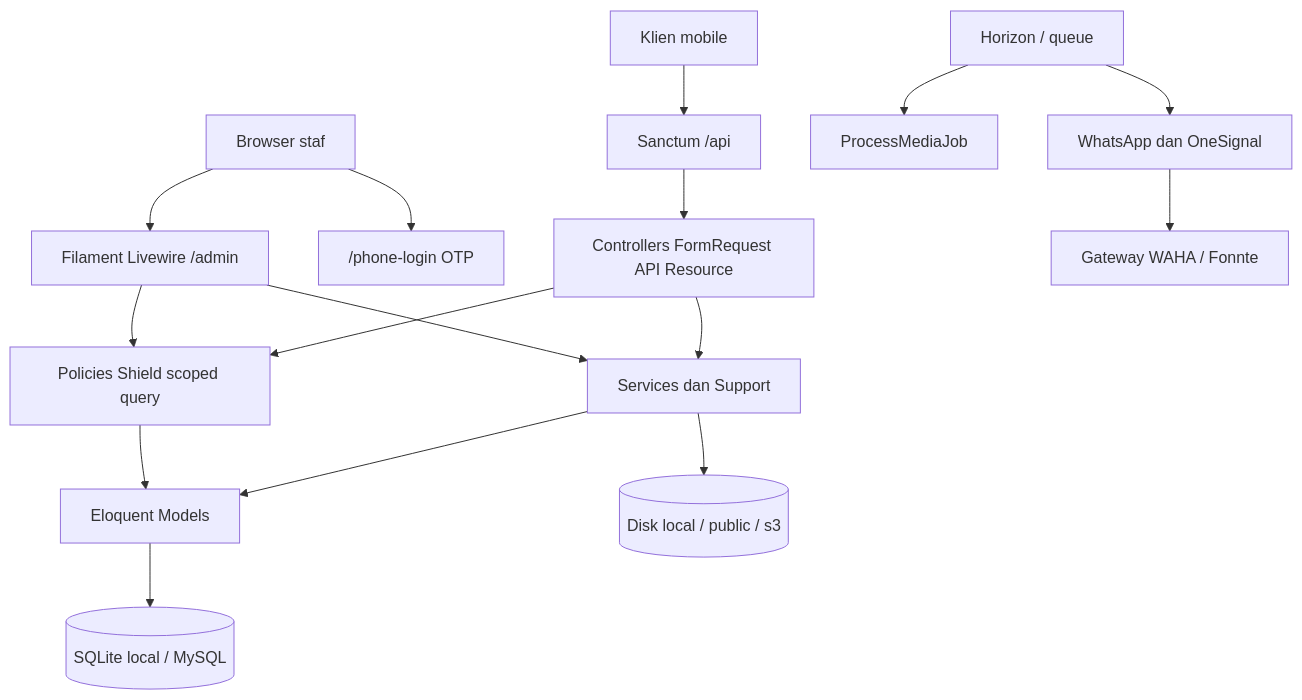
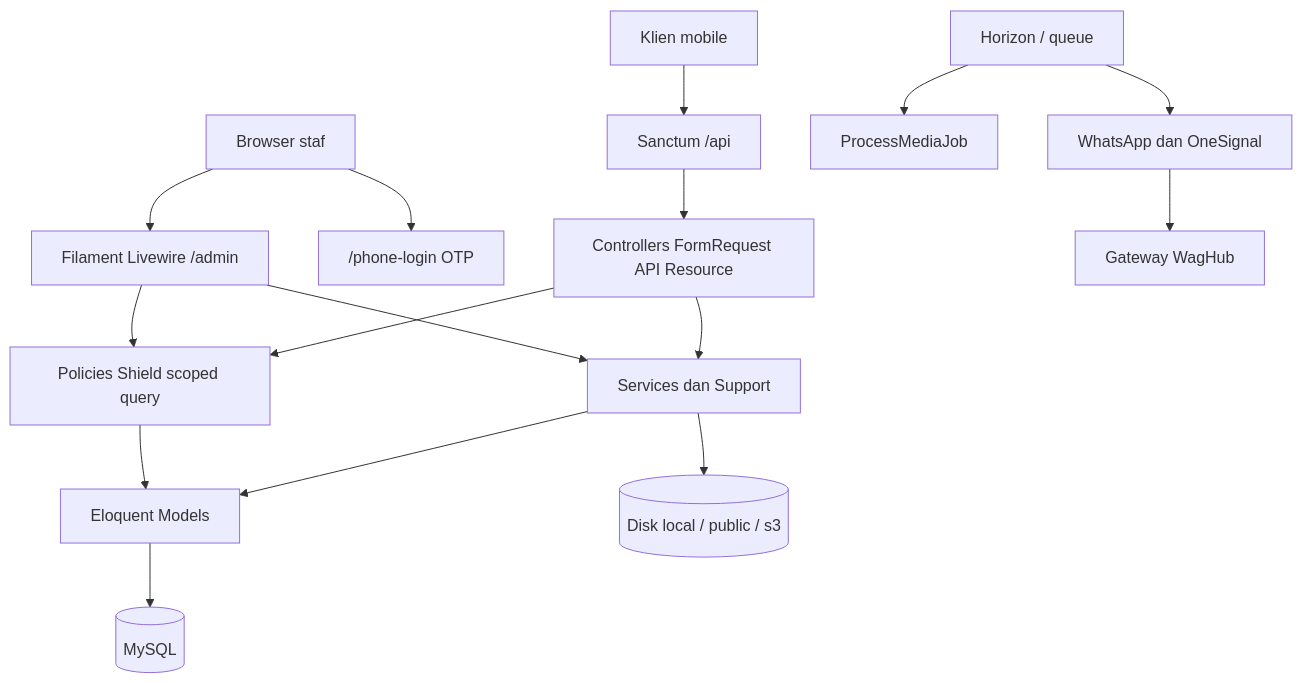
One commit to oceanspacedev/sam-web changed the second of 2 diagrams in README.md. Above: the diagram before and after it, drawn with Mermaid. The commit also changed other lines of this file and 27 other files, not shown here.

````diff
--- a/README.md
+++ b/README.md
@@ -179,18 +179,18 @@
 ```mermaid
 flowchart TB
     Mobile[Klien mobile] --> Sanctum[Sanctum /api]
     Browser[Browser staf] --> Filament[Filament Livewire /admin]
     Browser --> PhoneLogin["/phone-login OTP"]
     Sanctum --> Controllers[Controllers FormRequest API Resource]
     Filament --> Policies[Policies Shield scoped query]
     Controllers --> Policies
     Filament --> Services[Services dan Support]
     Controllers --> Services
     Policies --> Models[Eloquent Models]
     Services --> Models
     Worker[Horizon / queue] --> Media[ProcessMediaJob]
     Worker --> Notif[WhatsApp dan OneSignal]
-    Models --> DB[(SQLite local / MySQL)]
+    Models --> DB[(MySQL)]
     Services --> Files[(Disk local / public / s3)]
-    Notif --> WA[Gateway WAHA / Fonnte]
+    Notif --> WA[Gateway WagHub]
 ```
````
